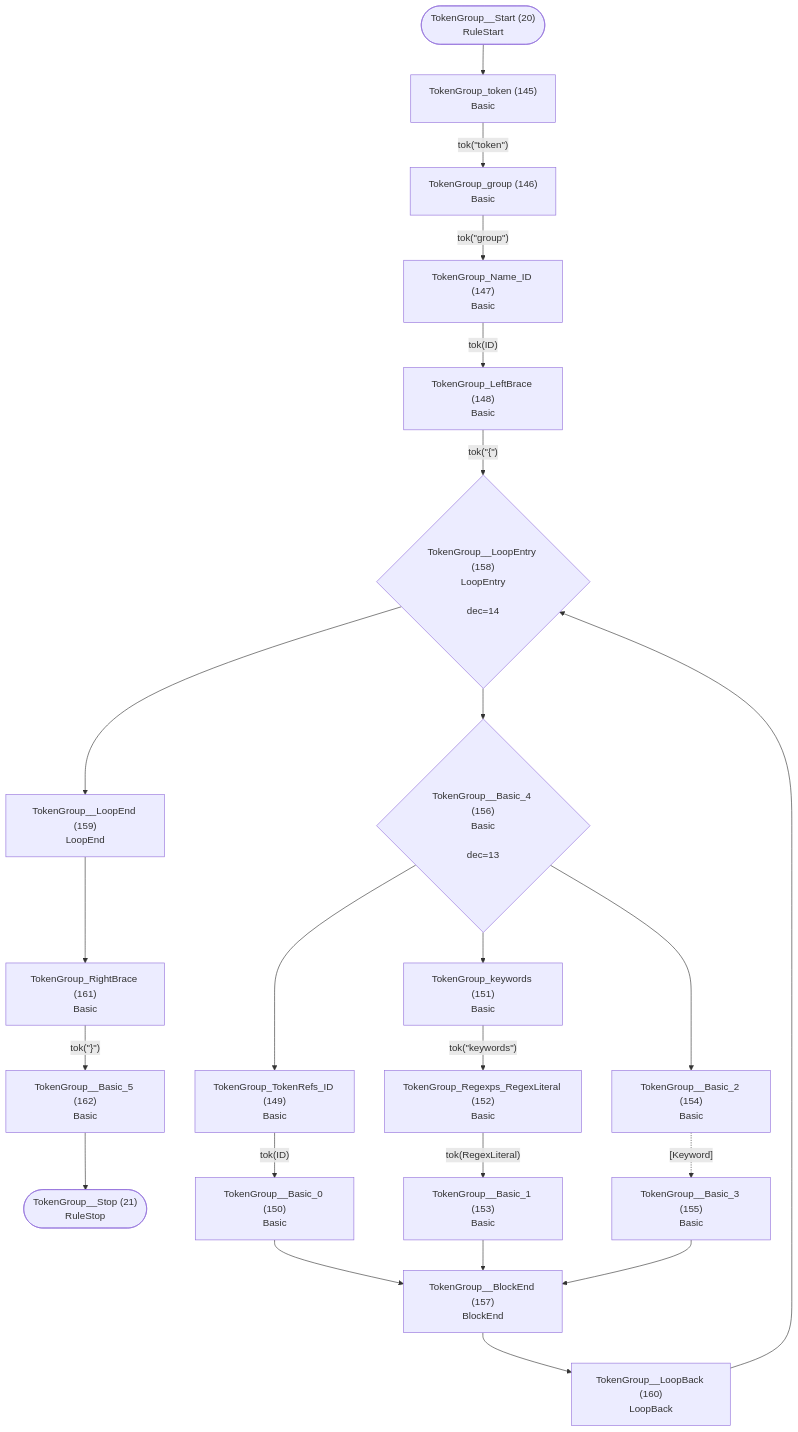
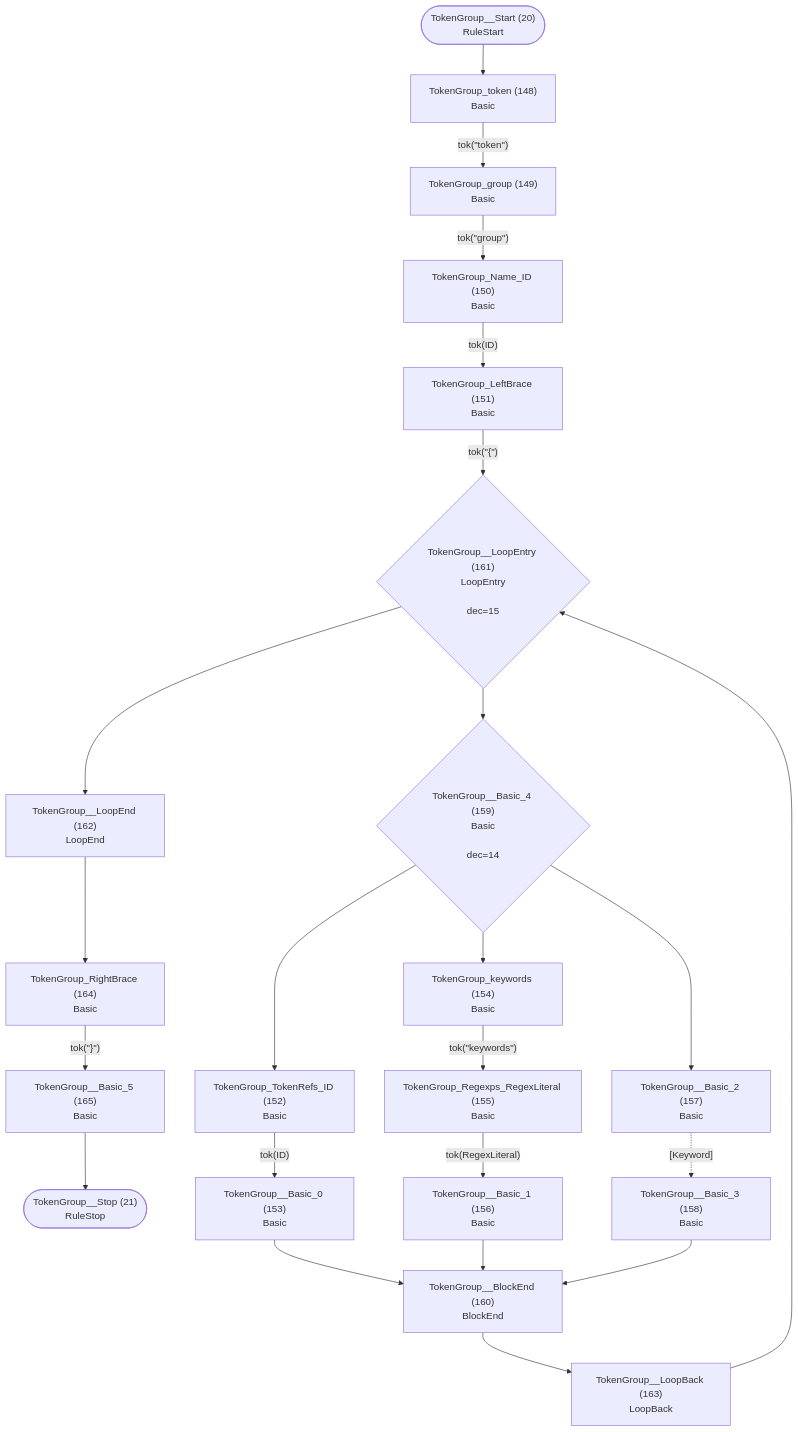
Before and after one commit to TypeFox/fastbelt: diagram 11 of 26 in internal/grammar/atn.md, drawn with Mermaid. The commit also changed other lines of this file and 16 other files, not shown here.

Commit message:
Added entry keyword for rules

````diff
--- a/internal/grammar/atn.md
+++ b/internal/grammar/atn.md
@@ -310,46 +317,46 @@
 ```mermaid
 flowchart TD
     q20(["TokenGroup__Start (20)<br/>RuleStart"])
     q21(["TokenGroup__Stop (21)<br/>RuleStop"])
-    q145["TokenGroup_token (145)<br/>Basic<br/>"]
-    q146["TokenGroup_group (146)<br/>Basic<br/>"]
-    q147["TokenGroup_Name_ID (147)<br/>Basic<br/>"]
-    q148["TokenGroup_LeftBrace (148)<br/>Basic<br/>"]
-    q149["TokenGroup_TokenRefs_ID (149)<br/>Basic<br/>"]
-    q150["TokenGroup__Basic_0 (150)<br/>Basic<br/>"]
-    q151["TokenGroup_keywords (151)<br/>Basic<br/>"]
-    q152["TokenGroup_Regexps_RegexLiteral (152)<br/>Basic<br/>"]
-    q153["TokenGroup__Basic_1 (153)<br/>Basic<br/>"]
-    q154["TokenGroup__Basic_2 (154)<br/>Basic<br/>"]
-    q155["TokenGroup__Basic_3 (155)<br/>Basic<br/>"]
-    q156{"TokenGroup__Basic_4 (156)<br/>Basic<br/><br/>dec=13"}
-    q157["TokenGroup__BlockEnd (157)<br/>BlockEnd<br/>"]
-    q158{"TokenGroup__LoopEntry (158)<br/>LoopEntry<br/><br/>dec=14"}
-    q159["TokenGroup__LoopEnd (159)<br/>LoopEnd<br/>"]
-    q160["TokenGroup__LoopBack (160)<br/>LoopBack<br/>"]
-    q161["TokenGroup_RightBrace (161)<br/>Basic<br/>"]
-    q162["TokenGroup__Basic_5 (162)<br/>Basic<br/>"]
+    q148["TokenGroup_token (148)<br/>Basic<br/>"]
+    q149["TokenGroup_group (149)<br/>Basic<br/>"]
+    q150["TokenGroup_Name_ID (150)<br/>Basic<br/>"]
+    q151["TokenGroup_LeftBrace (151)<br/>Basic<br/>"]
+    q152["TokenGroup_TokenRefs_ID (152)<br/>Basic<br/>"]
+    q153["TokenGroup__Basic_0 (153)<br/>Basic<br/>"]
+    q154["TokenGroup_keywords (154)<br/>Basic<br/>"]
+    q155["TokenGroup_Regexps_RegexLiteral (155)<br/>Basic<br/>"]
+    q156["TokenGroup__Basic_1 (156)<br/>Basic<br/>"]
+    q157["TokenGroup__Basic_2 (157)<br/>Basic<br/>"]
+    q158["TokenGroup__Basic_3 (158)<br/>Basic<br/>"]
+    q159{"TokenGroup__Basic_4 (159)<br/>Basic<br/><br/>dec=14"}
+    q160["TokenGroup__BlockEnd (160)<br/>BlockEnd<br/>"]
+    q161{"TokenGroup__LoopEntry (161)<br/>LoopEntry<br/><br/>dec=15"}
+    q162["TokenGroup__LoopEnd (162)<br/>LoopEnd<br/>"]
+    q163["TokenGroup__LoopBack (163)<br/>LoopBack<br/>"]
+    q164["TokenGroup_RightBrace (164)<br/>Basic<br/>"]
+    q165["TokenGroup__Basic_5 (165)<br/>Basic<br/>"]
 
-    q20 --> q145
-    q145 -->|"tok(&quot;token&quot;)"| q146
-    q146 -->|"tok(&quot;group&quot;)"| q147
-    q147 -->|"tok(ID)"| q148
-    q148 -->|"tok(&quot;{&quot;)"| q158
-    q149 -->|"tok(ID)"| q150
-    q150 --> q157
-    q151 -->|"tok(&quot;keywords&quot;)"| q152
-    q152 -->|"tok(RegexLiteral)"| q153
-    q153 --> q157
-    q154 -.->|"[Keyword]"| q155
-    q155 --> q157
-    q156 --> q149
-    q156 --> q151
-    q156 --> q154
-    q157 --> q160
-    q158 --> q156
-    q158 --> q159
-    q159 --> q161
-    q160 --> q158
-    q161 -->|"tok(&quot;}&quot;)"| q162
-    q162 --> q21
+    q20 --> q148
+    q148 -->|"tok(&quot;token&quot;)"| q149
+    q149 -->|"tok(&quot;group&quot;)"| q150
+    q150 -->|"tok(ID)"| q151
+    q151 -->|"tok(&quot;{&quot;)"| q161
+    q152 -->|"tok(ID)"| q153
+    q153 --> q160
+    q154 -->|"tok(&quot;keywords&quot;)"| q155
+    q155 -->|"tok(RegexLiteral)"| q156
+    q156 --> q160
+    q157 -.->|"[Keyword]"| q158
+    q158 --> q160
+    q159 --> q152
+    q159 --> q154
+    q159 --> q157
+    q160 --> q163
+    q161 --> q159
+    q161 --> q162
+    q162 --> q164
+    q163 --> q161
+    q164 -->|"tok(&quot;}&quot;)"| q165
+    q165 --> q21
 ```
````
